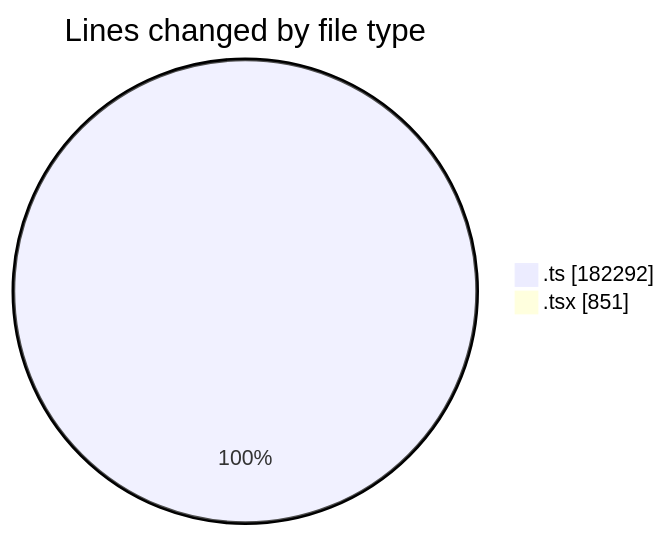
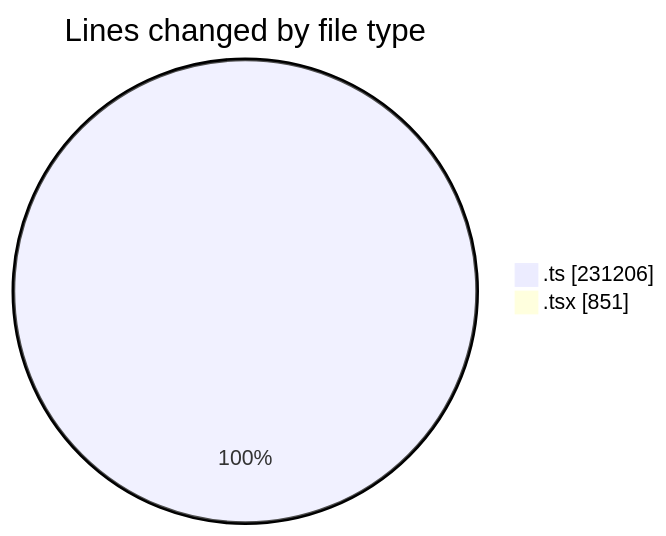
The first of 2 diagrams in 2025-08-22/cda/README.md (momahboobian/code-tracking), drawn with Mermaid before and after one commit. The commit also changed other lines of this file and 1 other file, not shown here.

````diff
--- a/2025-08-22/cda/README.md
+++ b/2025-08-22/cda/README.md
@@ -34,6 +34,6 @@
 ```mermaid
 pie showData
 title Lines changed by file type
-".ts" : 182292
+".ts" : 231206
 ".tsx" : 851
 ```
````
